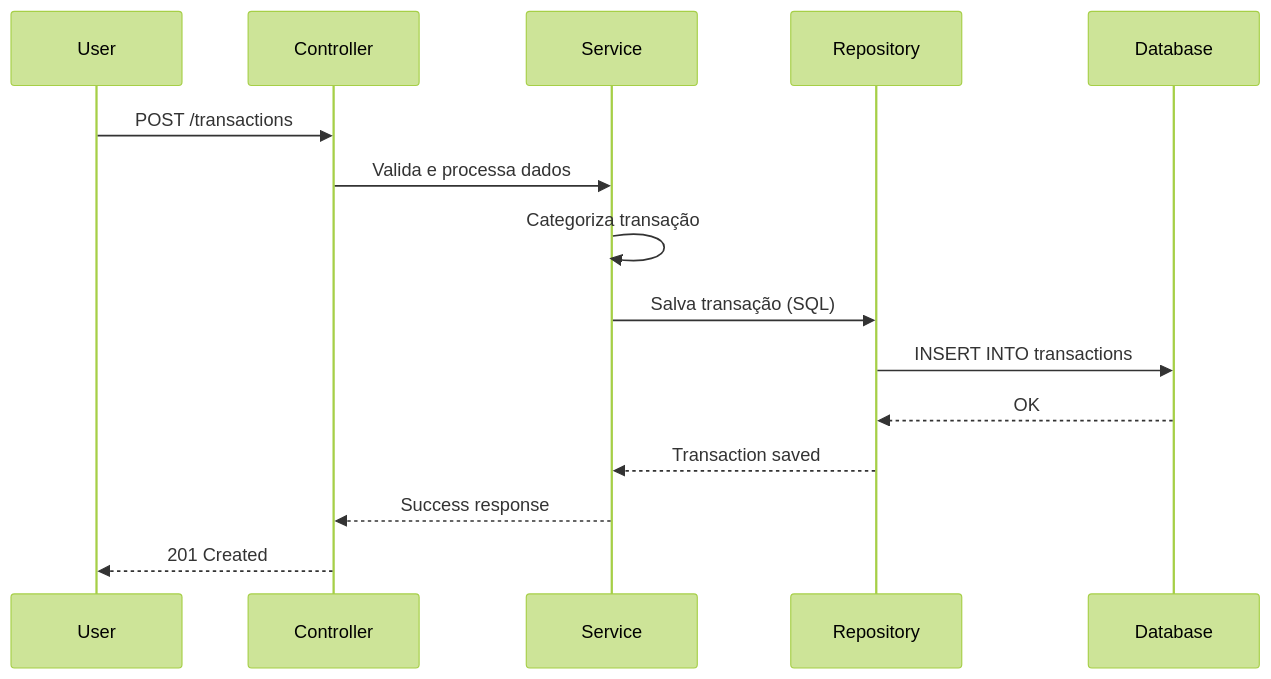
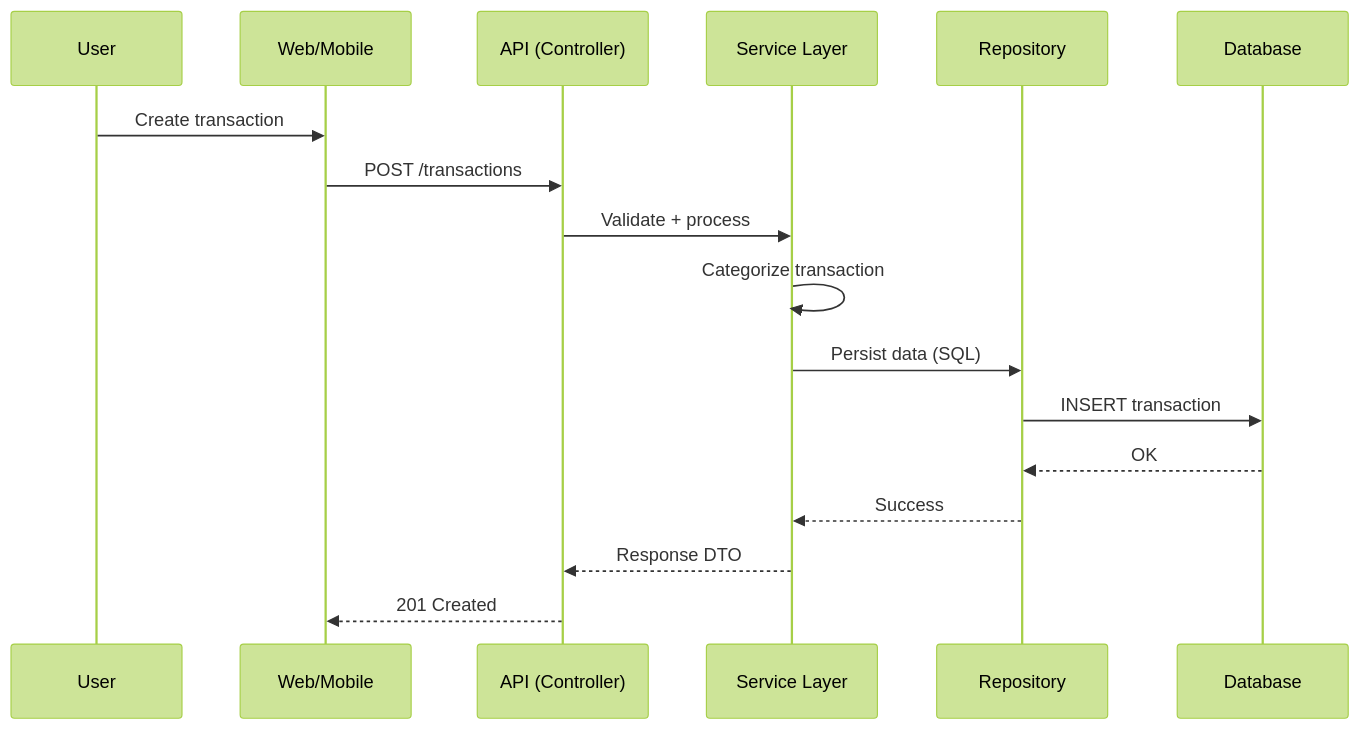
Before and after one commit to Yuriportf/VaultriX: the diagram in README.md, drawn with Mermaid (forest theme). The commit also changed other lines of this file, not shown here.

````diff
--- a/README.md
+++ b/README.md
@@ -79,18 +82,20 @@
 ```mermaid
 sequenceDiagram
-    participant User
-    participant Controller
-    participant Service
-    participant Repository
-    participant Database
+    participant U as User
+    participant C as Web/Mobile
+    participant A as API (Controller)
+    participant S as Service Layer
+    participant R as Repository
+    participant D as Database
 
-    User->>Controller: POST /transactions
-    Controller->>Service: Valida e processa dados
-    Service->>Service: Categoriza transação
-    Service->>Repository: Salva transação (SQL)
-    Repository->>Database: INSERT INTO transactions
-    Database-->>Repository: OK
-    Repository-->>Service: Transaction saved
-    Service-->>Controller: Success response
-    Controller-->>User: 201 Created
+    U->>C: Create transaction
+    C->>A: POST /transactions
+    A->>S: Validate + process
+    S->>S: Categorize transaction
+    S->>R: Persist data (SQL)
+    R->>D: INSERT transaction
+    D-->>R: OK
+    R-->>S: Success
+    S-->>A: Response DTO
+    A-->>C: 201 Created
 ```
````
